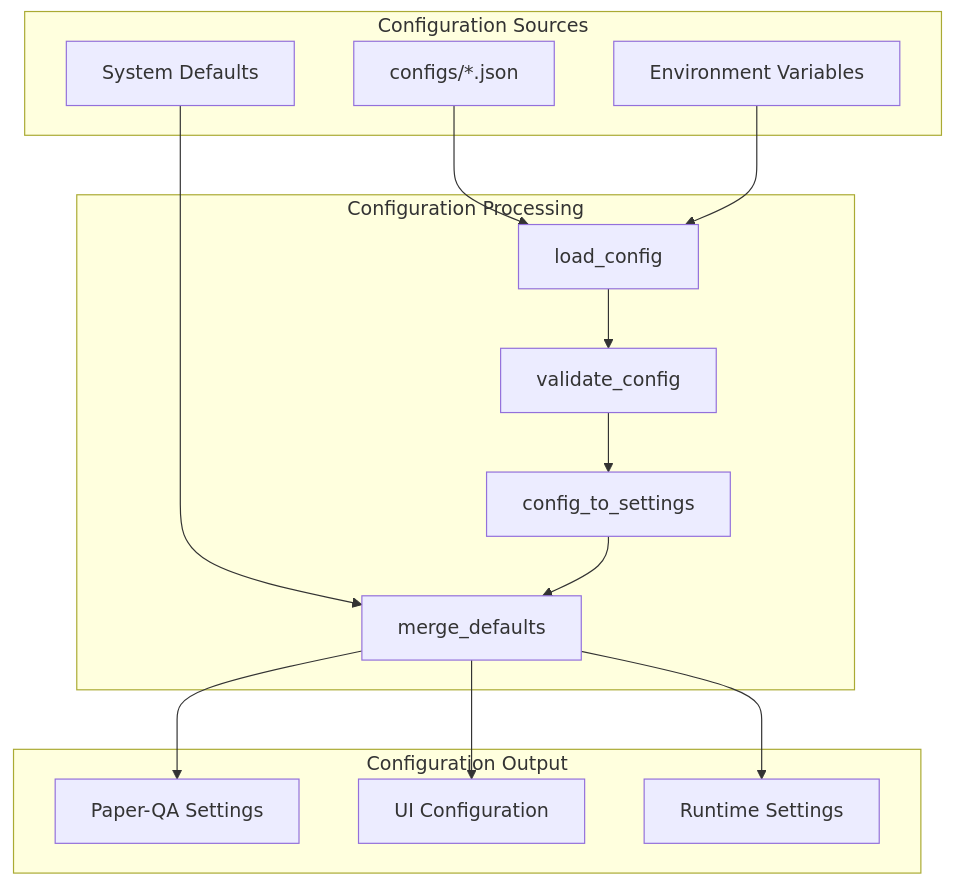
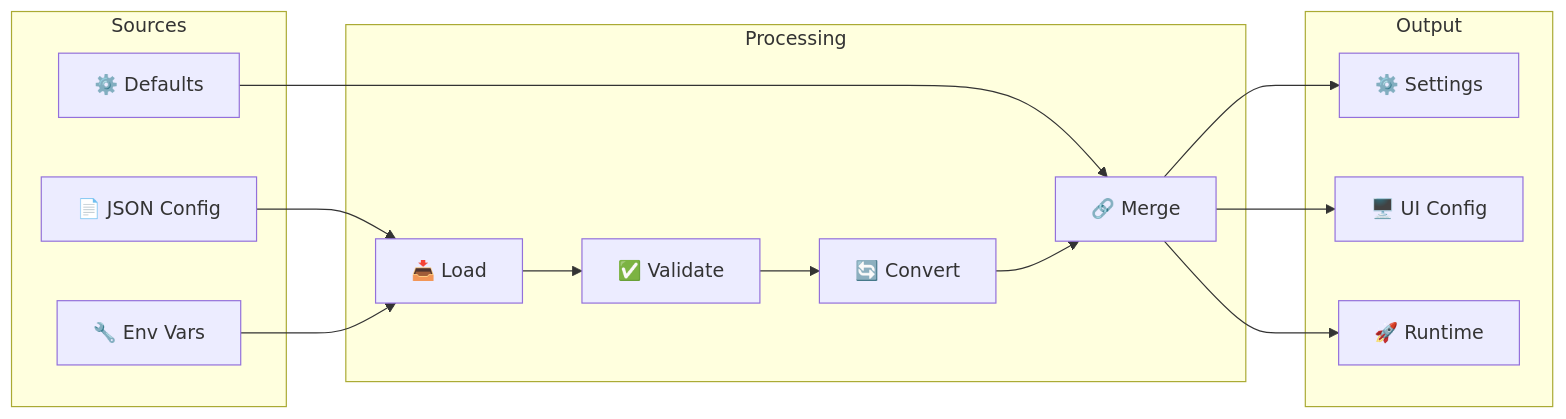
The third of 18 diagrams in docs/DEVELOPER.md (usathyan/paper-qa-ui), drawn with Mermaid before and after one commit.

Commit message:
Improve Configuration Architecture diagram visual organization
- Changed from TB to LR layout for better horizontal flow
- Added emojis to make components more visually distinct
- Shortened subgraph names for cleaner appearance
- Simplified component names for better readability
- Used consistent emoji themes for each group
- Made the diagram more compact and visually appealing
- Improved overall visual hierarchy and organization

````diff
--- a/docs/DEVELOPER.md
+++ b/docs/DEVELOPER.md
@@ -195,32 +195,32 @@
 ```mermaid
-graph TB
-    subgraph "Configuration Sources"
-        JSON_CONFIG[configs/*.json]
-        ENV_VARS[Environment Variables]
-        DEFAULTS[System Defaults]
+graph LR
+    subgraph "Sources"
+        JSON[📄 JSON Config]
+        ENV[🔧 Env Vars]
+        DEF[⚙️ Defaults]
     end
     
-    subgraph "Configuration Processing"
-        LOAD[load_config]
-        VALIDATE[validate_config]
-        CONVERT[config_to_settings]
-        MERGE[merge_defaults]
+    subgraph "Processing"
+        LOAD[📥 Load]
+        VAL[✅ Validate]
+        CONV[🔄 Convert]
+        MERGE[🔗 Merge]
     end
     
-    subgraph "Configuration Output"
-        SETTINGS[Paper-QA Settings]
-        UI_CONFIG[UI Configuration]
-        RUNTIME_CONFIG[Runtime Settings]
+    subgraph "Output"
+        SETTINGS[⚙️ Settings]
+        UI[🖥️ UI Config]
+        RUNTIME[🚀 Runtime]
     end
     
-    JSON_CONFIG --> LOAD
-    ENV_VARS --> LOAD
-    DEFAULTS --> MERGE
+    JSON --> LOAD
+    ENV --> LOAD
+    DEF --> MERGE
     
-    LOAD --> VALIDATE
-    VALIDATE --> CONVERT
-    CONVERT --> MERGE
+    LOAD --> VAL
+    VAL --> CONV
+    CONV --> MERGE
     MERGE --> SETTINGS
-    MERGE --> UI_CONFIG
-    MERGE --> RUNTIME_CONFIG
+    MERGE --> UI
+    MERGE --> RUNTIME
 ```
````
